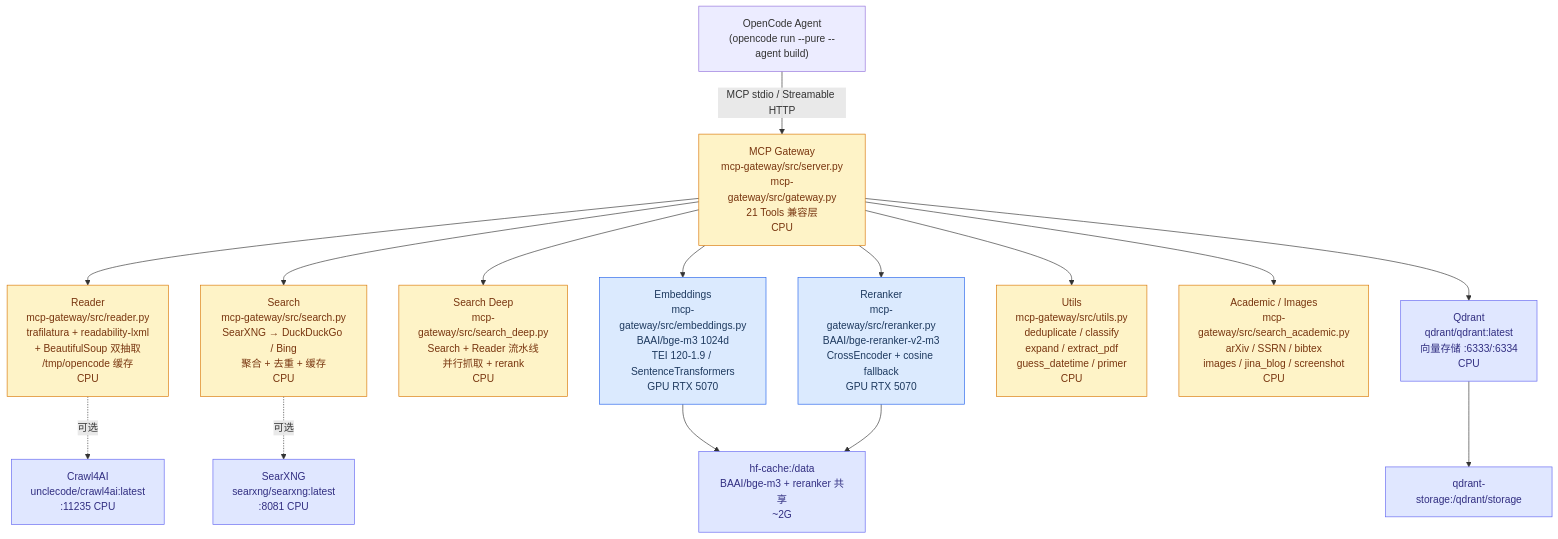
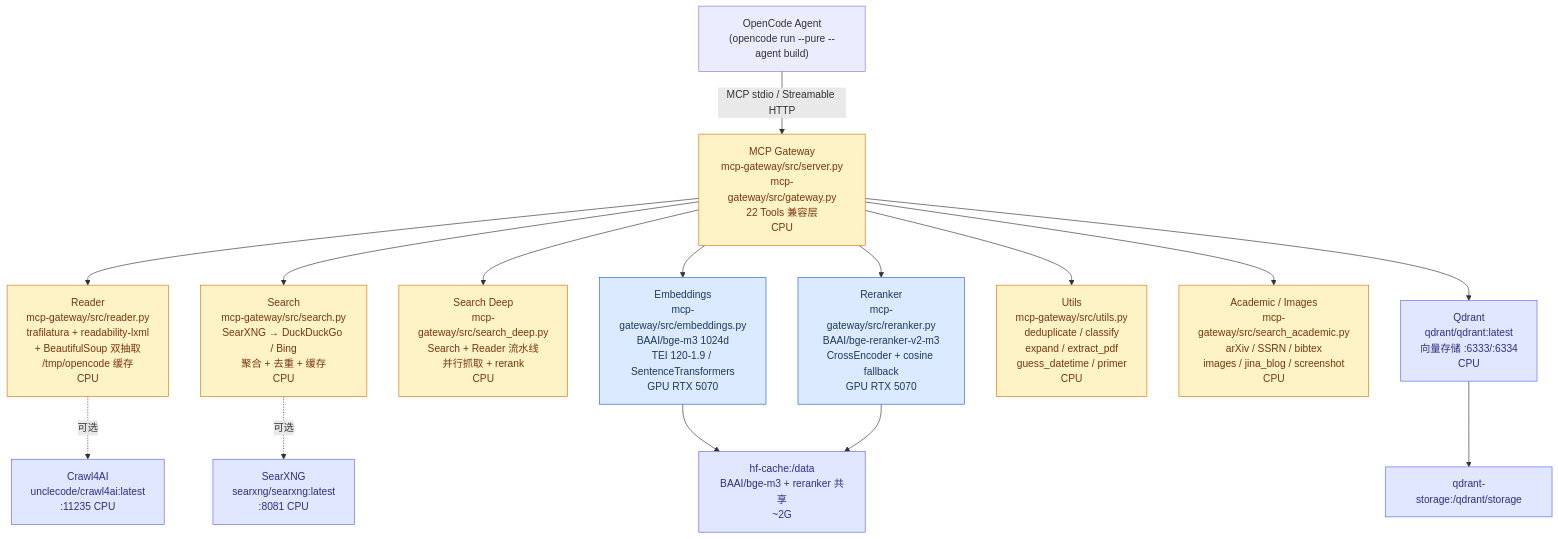
One commit to lorenzozanee/jina-local changed the diagram in README.md. Above: the diagram before and after it, drawn with Mermaid. The commit also changed other lines of this file and 11 other files, not shown here.

````diff
--- a/README.md
+++ b/README.md
@@ -306,29 +310,29 @@
 ```mermaid
 flowchart TB
     Agent["OpenCode Agent<br/>(opencode run --pure --agent build)"]
 
-    Agent -->|MCP stdio / Streamable HTTP| Gateway["MCP Gateway<br/>mcp-gateway/src/server.py<br/>mcp-gateway/src/gateway.py<br/>21 Tools 兼容层<br/>CPU"]
+    Agent -->|MCP stdio / Streamable HTTP| Gateway["MCP Gateway<br/>mcp-gateway/src/server.py<br/>mcp-gateway/src/gateway.py<br/>22 Tools 兼容层<br/>CPU"]
 
     Gateway --> Reader["Reader<br/>mcp-gateway/src/reader.py<br/>trafilatura + readability-lxml<br/>+ BeautifulSoup 双抽取<br/>/tmp/opencode 缓存<br/>CPU"]
     Gateway --> Search["Search<br/>mcp-gateway/src/search.py<br/>SearXNG → DuckDuckGo / Bing<br/>聚合 + 去重 + 缓存<br/>CPU"]
     Gateway --> SearchDeep["Search Deep<br/>mcp-gateway/src/search_deep.py<br/>Search + Reader 流水线<br/>并行抓取 + rerank<br/>CPU"]
     Gateway --> Embeddings["Embeddings<br/>mcp-gateway/src/embeddings.py<br/>BAAI/bge-m3 1024d<br/>TEI 120-1.9 / SentenceTransformers<br/>GPU RTX 5070"]
     Gateway --> Reranker["Reranker<br/>mcp-gateway/src/reranker.py<br/>BAAI/bge-reranker-v2-m3<br/>CrossEncoder + cosine fallback<br/>GPU RTX 5070"]
     Gateway --> Utils["Utils<br/>mcp-gateway/src/utils.py<br/>deduplicate / classify<br/>expand / extract_pdf<br/>guess_datetime / primer<br/>CPU"]
     Gateway --> Academic["Academic / Images<br/>mcp-gateway/src/search_academic.py<br/>arXiv / SSRN / bibtex<br/>images / jina_blog / screenshot<br/>CPU"]
     Gateway --> Qdrant["Qdrant<br/>qdrant/qdrant:latest<br/>向量存储 :6333/:6334<br/>CPU"]
 
     Embeddings --> HF["hf-cache:/data<br/>BAAI/bge-m3 + reranker 共享<br/>~2G"]
     Reranker --> HF
     Qdrant --> QVol["qdrant-storage:/qdrant/storage"]
 
     Search -.->|可选| SearXNG["SearXNG<br/>searxng/searxng:latest<br/>:8081 CPU"]
     Reader -.->|可选| Crawl4AI["Crawl4AI<br/>unclecode/crawl4ai:latest<br/>:11235 CPU"]
 
     classDef gpu fill:#dbeafe,stroke:#2563eb,color:#1e3a5f
     classDef cpu fill:#fef3c7,stroke:#d97706,color:#78350f
     classDef infra fill:#e0e7ff,stroke:#6366f1,color:#312e81
     class Embeddings,Reranker gpu
     class Gateway,Reader,Search,SearchDeep,Utils,Academic cpu
     class Qdrant,SearXNG,Crawl4AI,HF,QVol infra
 ```
````
